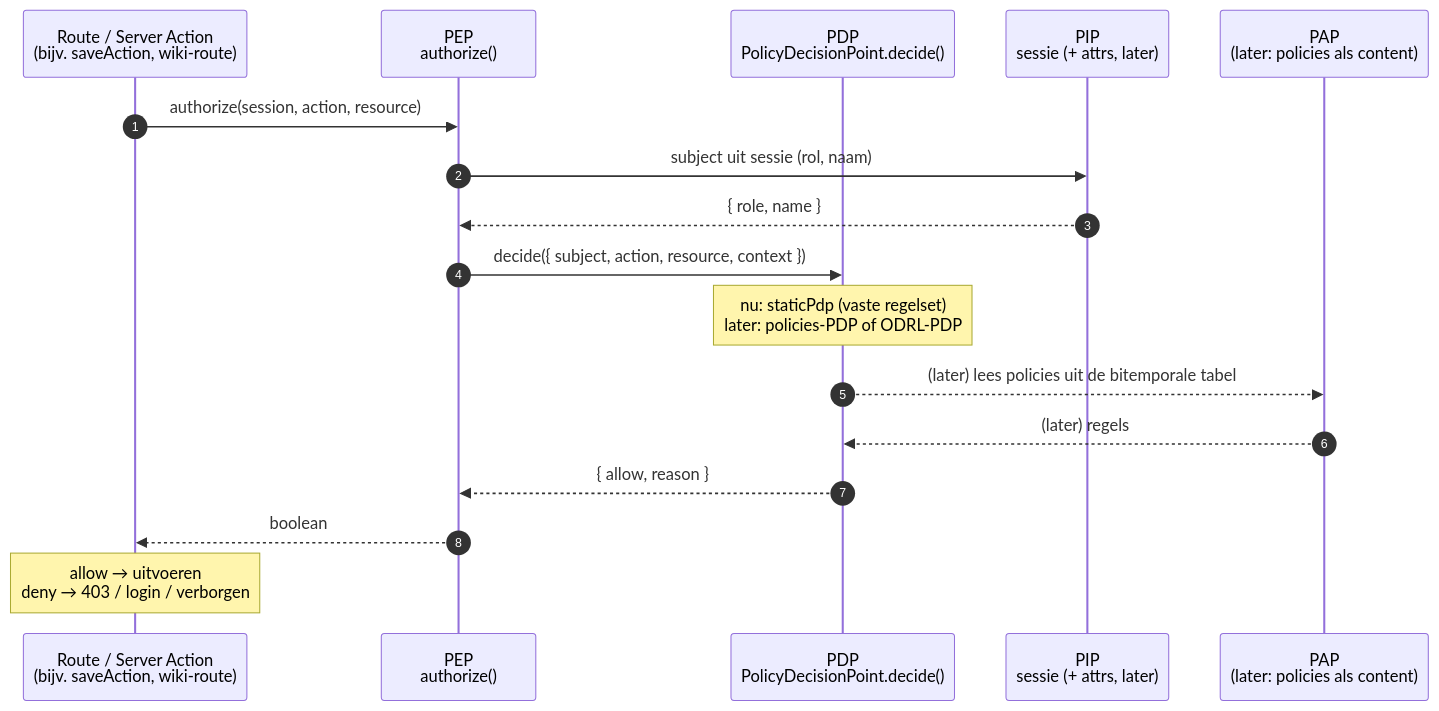
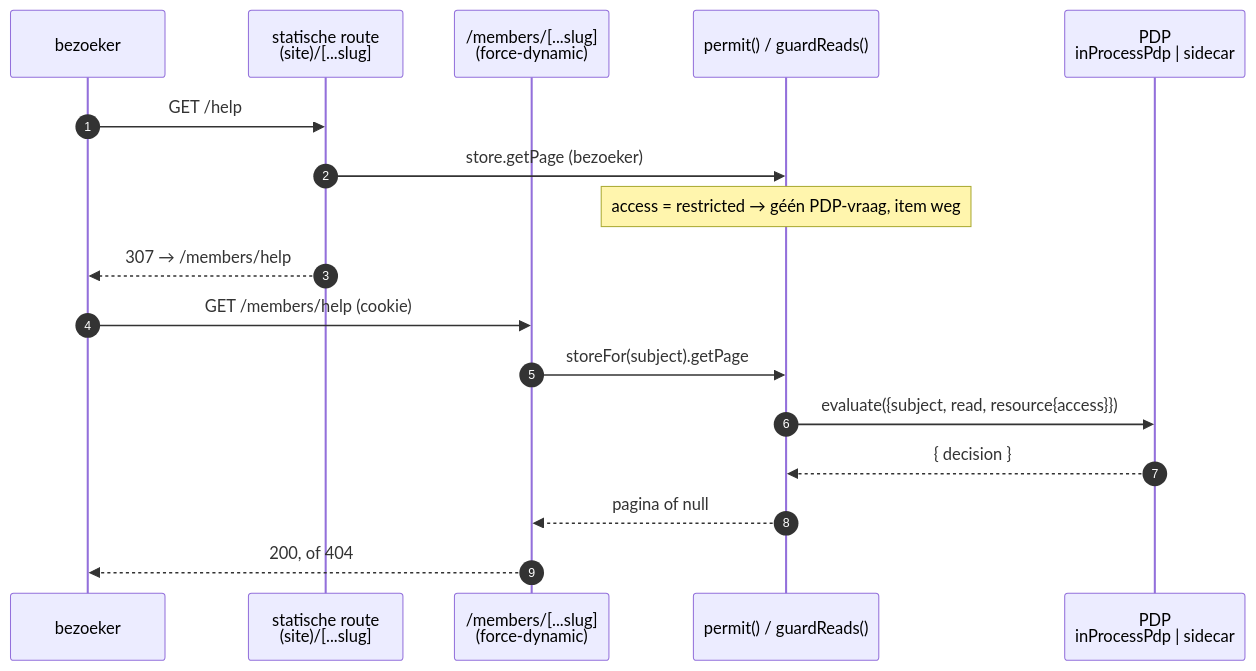
One commit to MarkWestbroek/imprint-engine changed the sixth of 12 diagrams in docs/architecture.md. Above: the diagram before and after it, drawn with Mermaid. The commit also changed other lines of this file and 36 other files, not shown here.

First line of the commit message:
feat: poortje in AuthZEN-vorm, access op alle inhoud, /members voor beperkte content (Fase 3, stap 3)

````diff
--- a/docs/architecture.md
+++ b/docs/architecture.md
@@ -550,20 +583,20 @@
 ```mermaid
 sequenceDiagram
     autonumber
-    participant R as Route / Server Action<br/>(bijv. saveAction, wiki-route)
-    participant PEP as PEP<br/>authorize()
-    participant PDP as PDP<br/>PolicyDecisionPoint.decide()
-    participant PIP as PIP<br/>sessie (+ attrs, later)
-    participant PAP as PAP<br/>(later: policies als content)
+    participant V as bezoeker
+    participant S as statische route<br/>(site)/[...slug]
+    participant M as /members/[...slug]<br/>(force-dynamic)
+    participant PEP as permit() / guardReads()
+    participant PDP as PDP<br/>inProcessPdp | sidecar
 
-    R->>PEP: authorize(session, action, resource)
-    PEP->>PIP: subject uit sessie (rol, naam)
-    PIP-->>PEP: { role, name }
-    PEP->>PDP: decide({ subject, action, resource, context })
-    Note over PDP: nu: staticPdp (vaste regelset)<br/>later: policies-PDP of ODRL-PDP
-    PDP-->>PAP: (later) lees policies uit de bitemporale tabel
-    PAP-->>PDP: (later) regels
-    PDP-->>PEP: { allow, reason }
-    PEP-->>R: boolean
-    Note over R: allow → uitvoeren<br/>deny → 403 / login / verborgen
+    V->>S: GET /help
+    S->>PEP: store.getPage (bezoeker)
+    Note over PEP: access = restricted → géén PDP-vraag, item weg
+    S-->>V: 307 → /members/help
+    V->>M: GET /members/help (cookie)
+    M->>PEP: storeFor(subject).getPage
+    PEP->>PDP: evaluate({subject, read, resource{access}})
+    PDP-->>PEP: { decision }
+    PEP-->>M: pagina of null
+    M-->>V: 200, of 404
 ```
````
